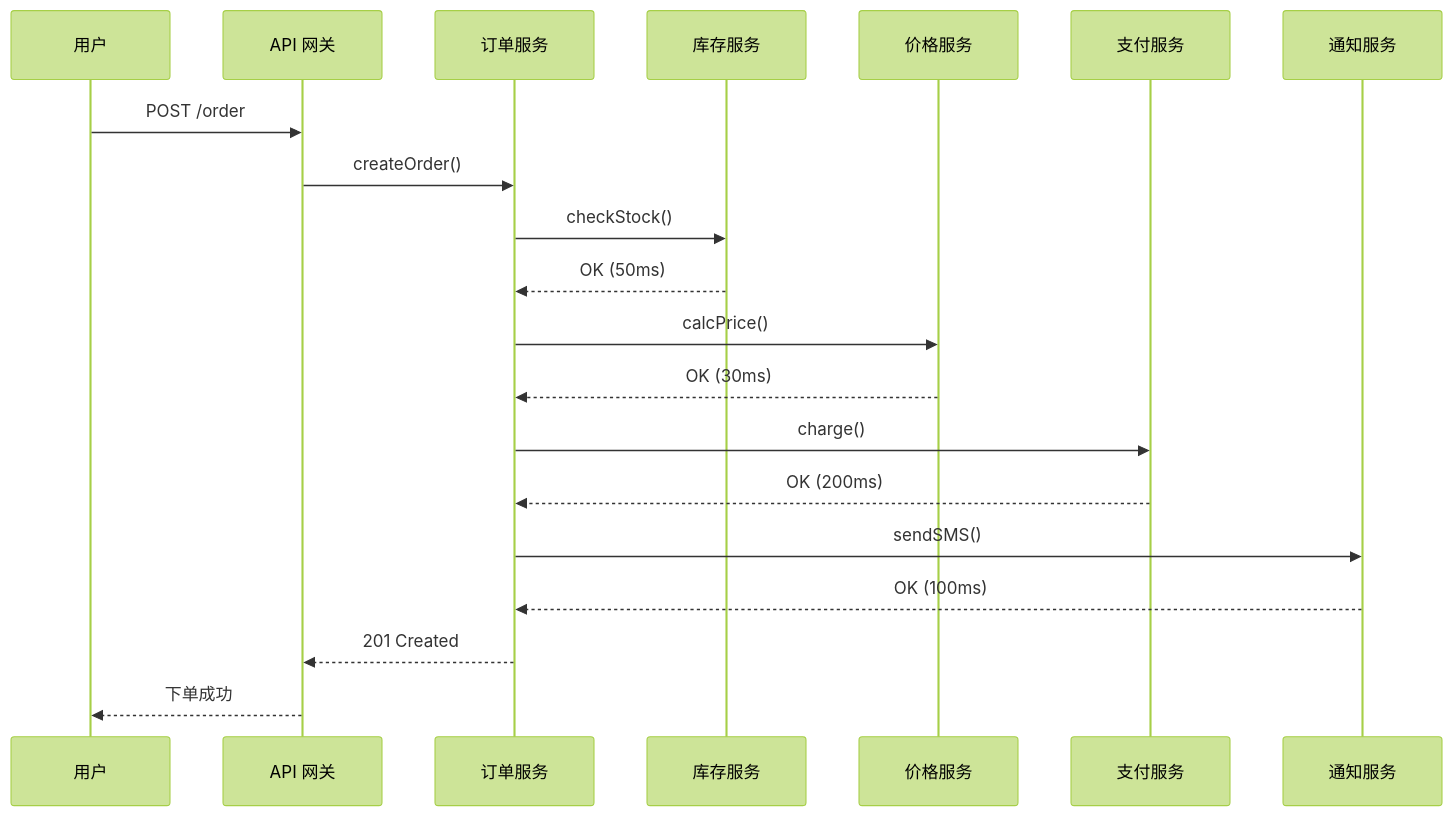
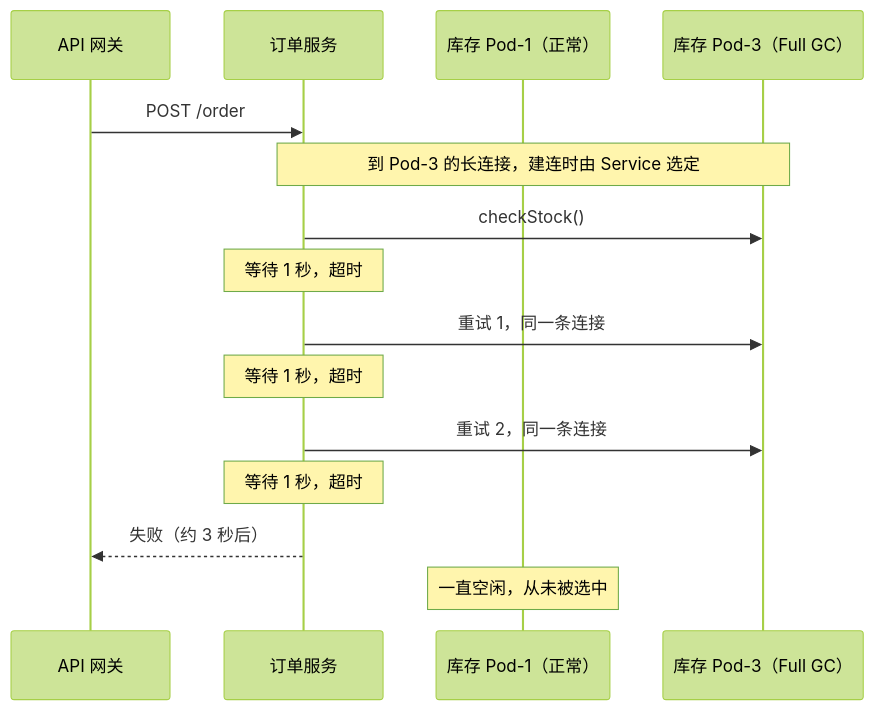
One commit to caozhiyi/network-book changed the first of 5 diagrams in docs/31.微服务的流量治理服务网格与eBPF.md. Above: the diagram before and after it, drawn with Mermaid (forest theme). The commit also changed other lines of this file and 14 other files, not shown here.

````diff
--- a/docs/31.微服务的流量治理服务网格与eBPF.md
+++ b/docs/31.微服务的流量治理服务网格与eBPF.md
@@ -19,23 +21,18 @@
 ```mermaid
 sequenceDiagram
-    participant User as 用户
     participant GW as API 网关
     participant Order as 订单服务
-    participant Stock as 库存服务
-    participant Price as 价格服务
-    participant Pay as 支付服务
-    participant Notify as 通知服务
-    
-    User->>GW: POST /order
-    GW->>Order: createOrder()
-    Order->>Stock: checkStock()
-    Stock-->>Order: OK (50ms)
-    Order->>Price: calcPrice()
-    Price-->>Order: OK (30ms)
-    Order->>Pay: charge()
-    Pay-->>Order: OK (200ms)
-    Order->>Notify: sendSMS()
-    Notify-->>Order: OK (100ms)
-    Order-->>GW: 201 Created
-    GW-->>User: 下单成功
+    participant S1 as 库存 Pod-1（正常）
+    participant S3 as 库存 Pod-3（Full GC）
+
+    GW->>Order: POST /order
+    Note over Order,S3: 到 Pod-3 的长连接，建连时由 Service 选定
+    Order->>S3: checkStock()
+    Note over Order: 等待 1 秒，超时
+    Order->>S3: 重试 1，同一条连接
+    Note over Order: 等待 1 秒，超时
+    Order->>S3: 重试 2，同一条连接
+    Note over Order: 等待 1 秒，超时
+    Order-->>GW: 失败（约 3 秒后）
+    Note over S1: 一直空闲，从未被选中
 ```
````
